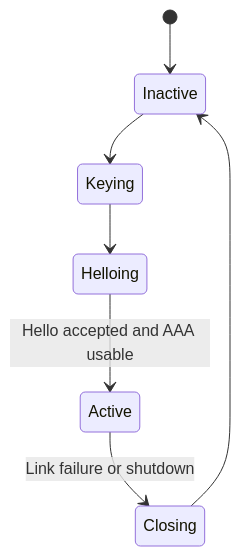
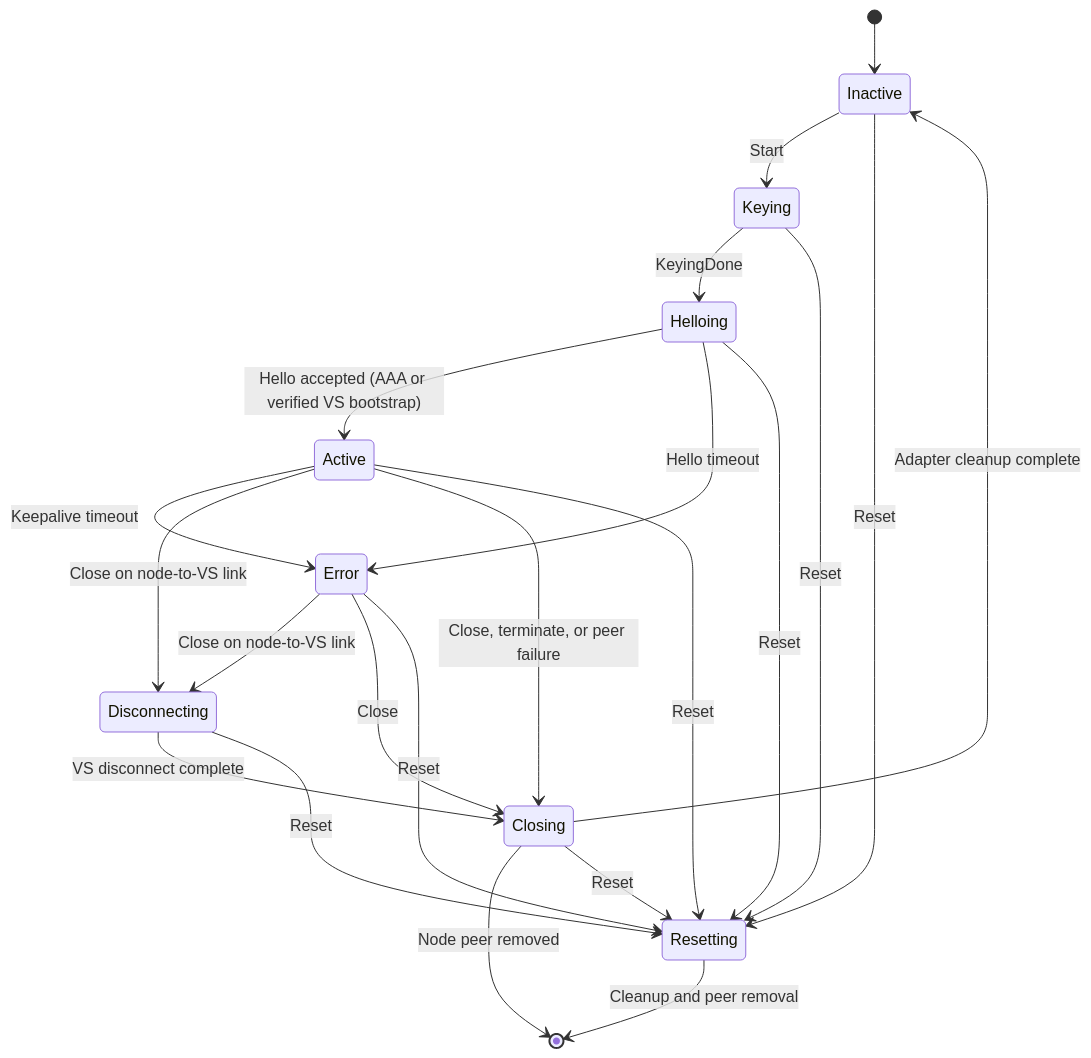
The first of 3 diagrams in diagrams/actor_authorization.md (org-zpr/zpr-core), drawn with Mermaid before and after one commit. The commit also changed other lines of this file and 6 other files, not shown here.

````diff
--- a/diagrams/actor_authorization.md
+++ b/diagrams/actor_authorization.md
@@ -16,9 +16,24 @@
 ```mermaid
 stateDiagram-v2
     [*] --> Inactive
-    Inactive --> Keying
-    Keying --> Helloing
-    Helloing --> Active: Hello accepted and AAA usable
-    Active --> Closing: Link failure or shutdown
-    Closing --> Inactive
+    Inactive --> Keying: Start
+    Keying --> Helloing: KeyingDone
+    Helloing --> Active: Hello accepted (AAA or verified VS bootstrap)
+    Helloing --> Error: Hello timeout
+    Active --> Error: Keepalive timeout
+    Active --> Disconnecting: Close on node-to-VS link
+    Disconnecting --> Closing: VS disconnect complete
+    Error --> Disconnecting: Close on node-to-VS link
+    Active --> Closing: Close, terminate, or peer failure
+    Error --> Closing: Close
+    Closing --> Inactive: Adapter cleanup complete
+    Closing --> [*]: Node peer removed
+    Inactive --> Resetting: Reset
+    Keying --> Resetting: Reset
+    Helloing --> Resetting: Reset
+    Active --> Resetting: Reset
+    Disconnecting --> Resetting: Reset
+    Error --> Resetting: Reset
+    Closing --> Resetting: Reset
+    Resetting --> [*]: Cleanup and peer removal
 ```
````
